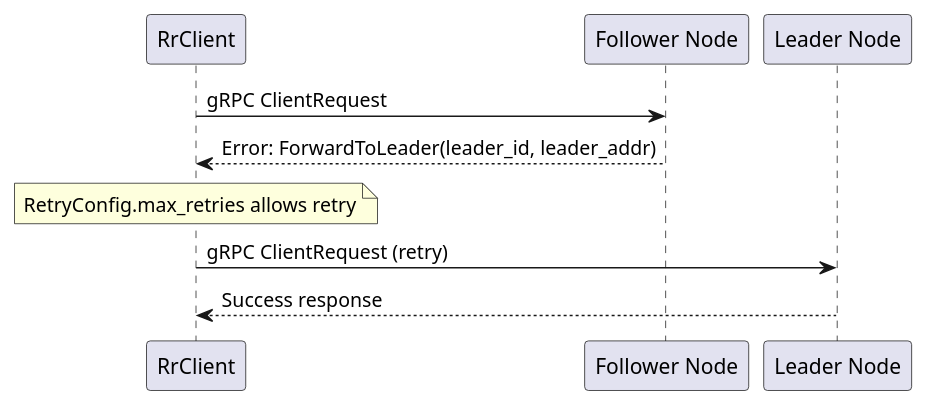
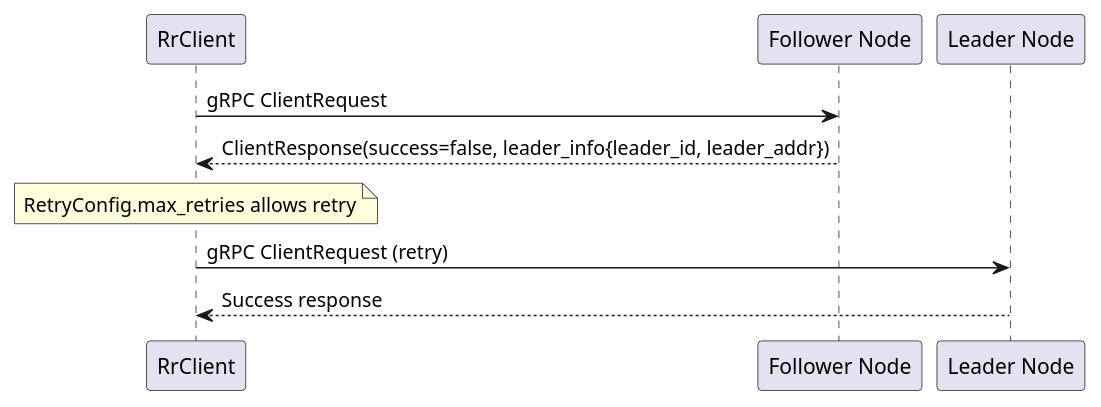
The third of 4 diagrams in docs/docs/architecture/data-flow.md (gardenias/rr), drawn with PlantUML before and after one commit. The commit also changed other lines of this file and 18 other files, not shown here.

First line of the commit message:
docs(architecture): correct factual drift against current code

````diff
--- a/docs/docs/architecture/data-flow.md
+++ b/docs/docs/architecture/data-flow.md
@@ -122,13 +122,13 @@
 ```plantuml
 @startuml
 participant Client as "RrClient"
 participant Follower as "Follower Node"
 participant Leader as "Leader Node"
 
 Client -> Follower : gRPC ClientRequest
-Follower --> Client : Error: ForwardToLeader(leader_id, leader_addr)
+Follower --> Client : ClientResponse(success=false, leader_info{leader_id, leader_addr})
 note over Client : RetryConfig.max_retries allows retry
 Client -> Leader : gRPC ClientRequest (retry)
 Leader --> Client : Success response
 @enduml
 ```
````
